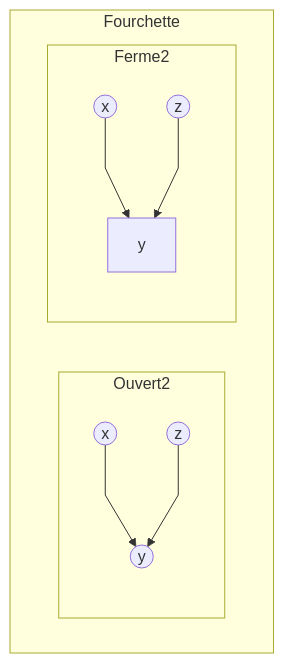
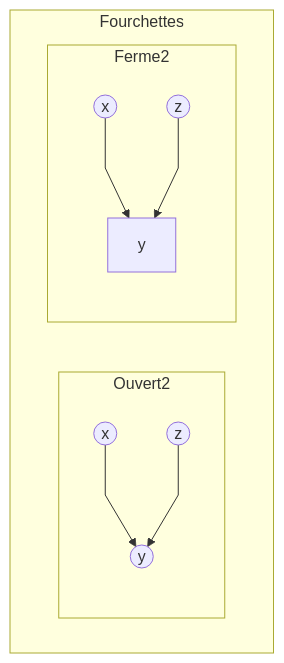
Diagram 28 of 39 in presentation_goa/index.qmd (laurenceomfoisy/laurenceoliviermfoisy), drawn with Mermaid before and after one commit. The commit also changed other lines of this file and 1 other file, not shown here.

````diff
--- a/presentation_goa/index.qmd
+++ b/presentation_goa/index.qmd
@@ -391,19 +452,19 @@
 ```{mermaid}
 
 %%{init: {'flowchart' : {'curve' : 'linear'}}}%%
 
 flowchart TD;
-    subgraph Fourchette
+    subgraph Fourchettes
 
     subgraph Ouvert2
     x1((x)) --> y1((y));
     z1((z)) --> y1;
     end
 
     subgraph Ferme2
     x6((x)) --> y6[y];
     z6((z)) --> y6;
     end
 
     end
 ```
````
